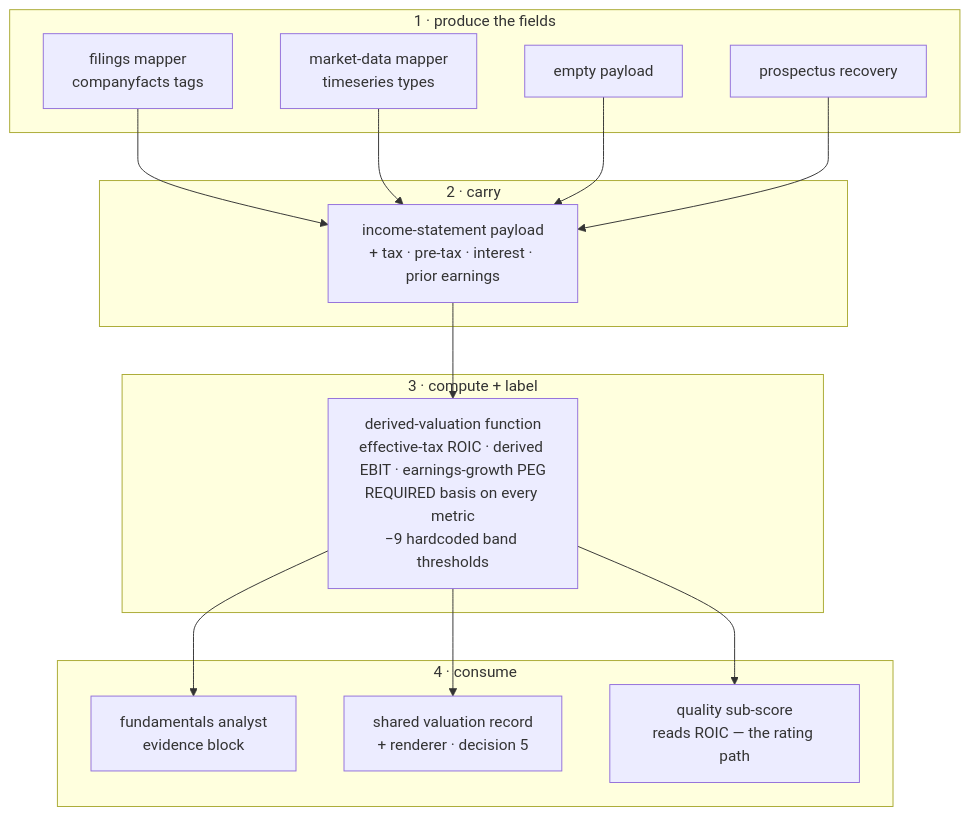
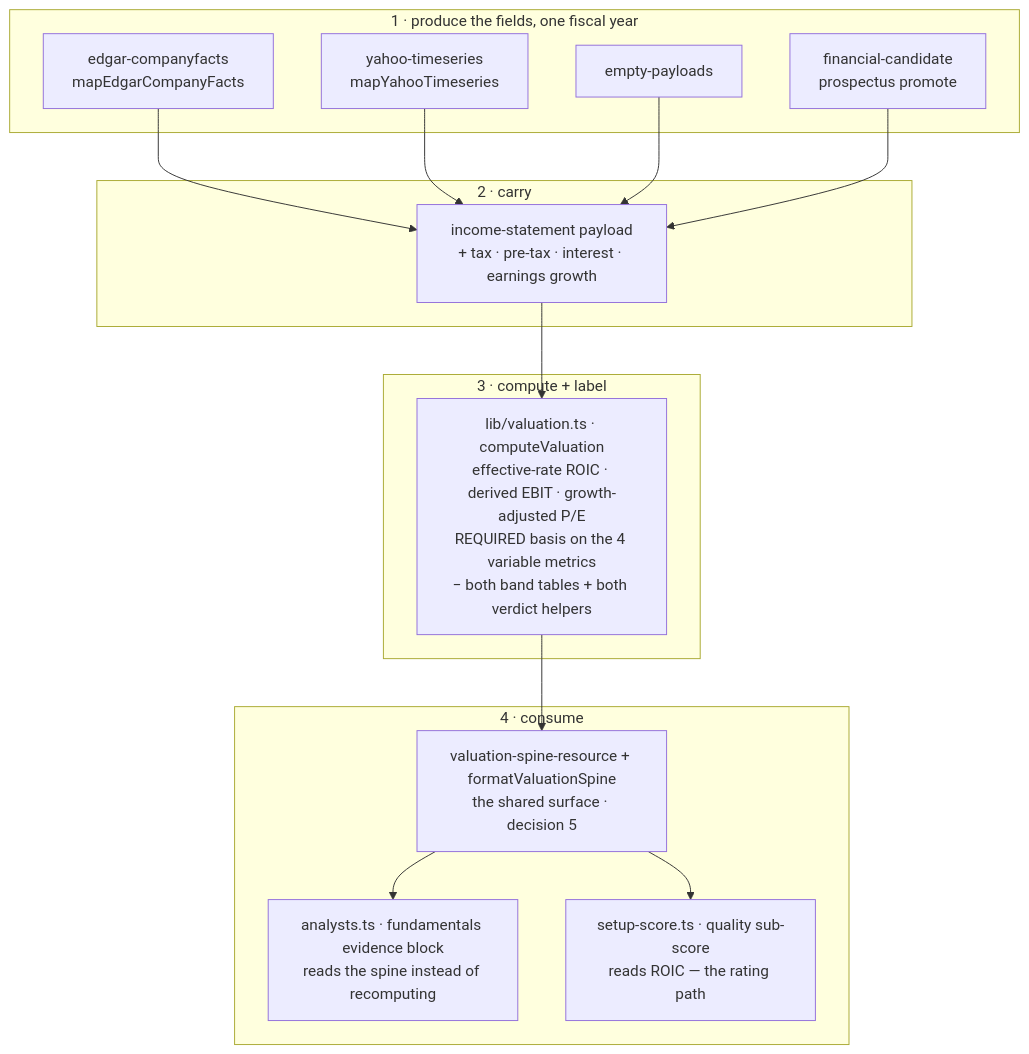
One commit to fixpoint-labs/flow-state-dev changed the diagram in spec/FIX-1064.md. Above: the diagram before and after it, drawn with Mermaid. The commit also changed other lines of this file, not shown here.

First line of the commit message:
spec(FIX-1064): fold review round 1 — period alignment, metric rename, evidence path

````diff
--- a/spec/FIX-1064.md
+++ b/spec/FIX-1064.md
@@ -243,22 +290,22 @@
 ```mermaid
 flowchart TB
-  subgraph produce[1 · produce the fields]
-    ED[filings mapper<br/>companyfacts tags]
-    YA[market-data mapper<br/>timeseries types]
-    EP[empty payload]
-    PR[prospectus recovery]
+  subgraph produce[1 · produce the fields, one fiscal year]
+    ED[edgar-companyfacts<br/>mapEdgarCompanyFacts]
+    YA[yahoo-timeseries<br/>mapYahooTimeseries]
+    EP[empty-payloads]
+    PR[financial-candidate<br/>prospectus promote]
   end
   subgraph carry[2 · carry]
-    IS[income-statement payload<br/>+ tax · pre-tax · interest · prior earnings]
+    IS[income-statement payload<br/>+ tax · pre-tax · interest · earnings growth]
   end
   subgraph compute[3 · compute + label]
-    DV[derived-valuation function<br/>effective-tax ROIC · derived EBIT · earnings-growth PEG<br/>REQUIRED basis on every metric<br/>−9 hardcoded band thresholds]
+    DV[lib/valuation.ts · computeValuation<br/>effective-rate ROIC · derived EBIT · growth-adjusted P/E<br/>REQUIRED basis on the 4 variable metrics<br/>− both band tables + both verdict helpers]
   end
   subgraph consume[4 · consume]
-    AN[fundamentals analyst<br/>evidence block]
-    SP[shared valuation record<br/>+ renderer · decision 5]
-    QS[quality sub-score<br/>reads ROIC — the rating path]
+    SP[valuation-spine-resource + formatValuationSpine<br/>the shared surface · decision 5]
+    AN[analysts.ts · fundamentals evidence block<br/>reads the spine instead of recomputing]
+    QS[setup-score.ts · quality sub-score<br/>reads ROIC — the rating path]
   end
   ED & YA & EP & PR --> IS --> DV
-  DV --> AN & SP & QS
+  DV --> SP --> AN & QS
 ```
````
